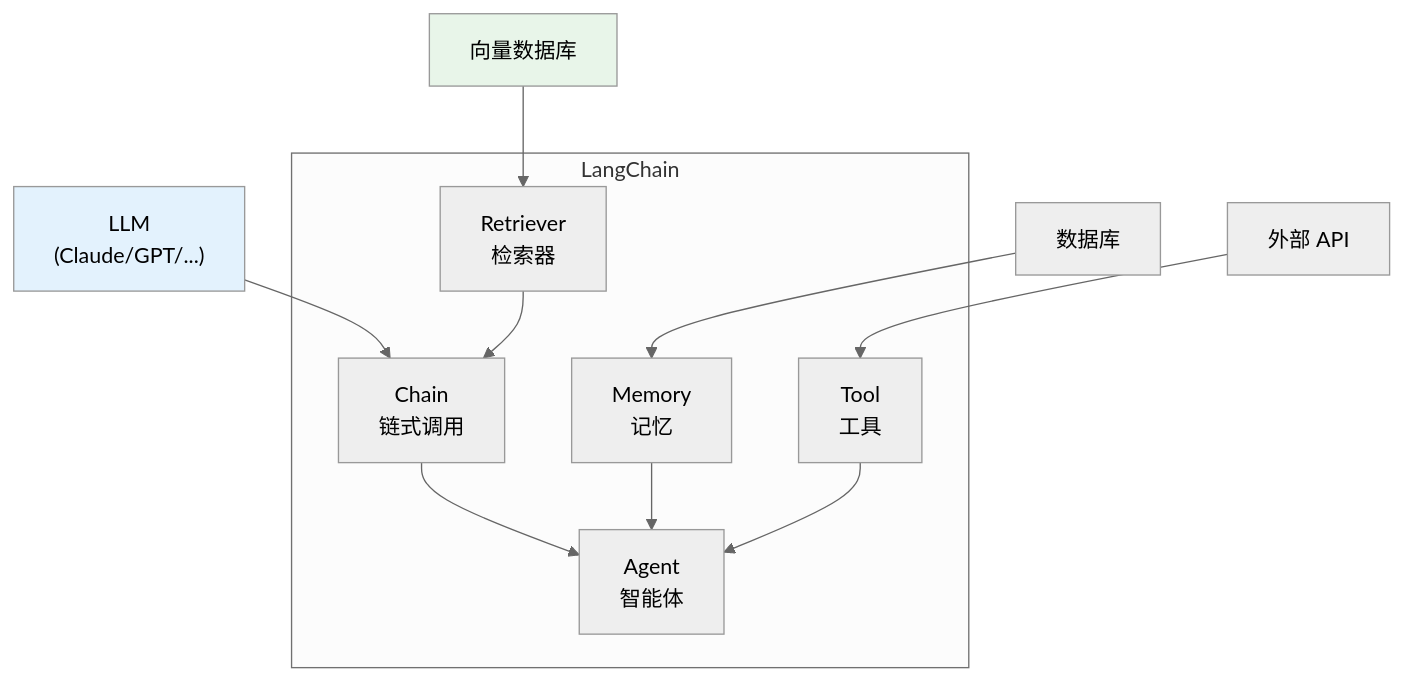
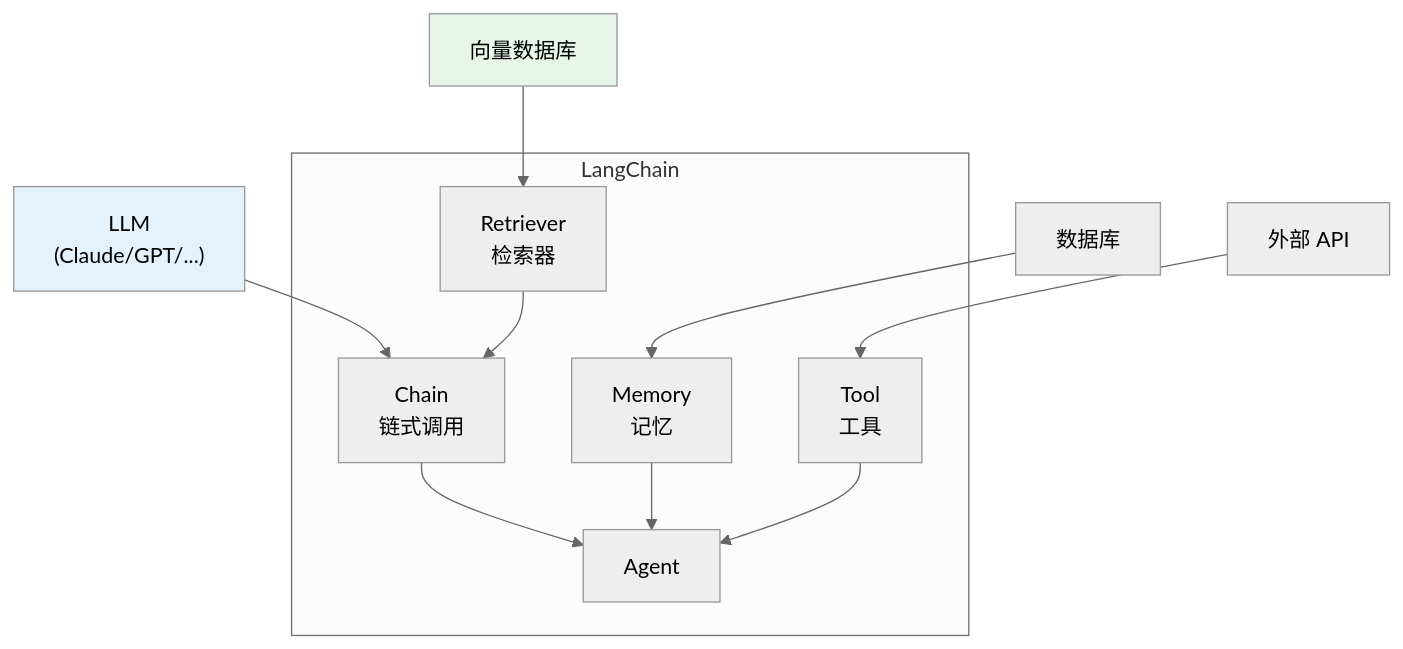
One commit to nadav-cheung/claudeai changed diagram 11 of 16 in teaching/book/附录/附录E-AI生态全景图.md. Above: the diagram before and after it, drawn with Mermaid (neutral theme). The commit also changed other lines of this file and 5 other files, not shown here.

````diff
--- a/teaching/book/附录/附录E-AI生态全景图.md
+++ b/teaching/book/附录/附录E-AI生态全景图.md
@@ -662,23 +662,23 @@
 ```mermaid
 graph TD
     subgraph LangChain
         CHAIN["Chain<br/>链式调用"]
-        AGENT_LC["Agent<br/>智能体"]
+        AGENT_LC["Agent"]
         MEM_LC["Memory<br/>记忆"]
         RET["Retriever<br/>检索器"]
         TOOL_LC["Tool<br/>工具"]
     end
 
     LLM2["LLM<br/>(Claude/GPT/...)"] --> CHAIN
     VECTOR["向量数据库"] --> RET
     DB["数据库"] --> MEM_LC
     API_EXT["外部 API"] --> TOOL_LC
 
     CHAIN --> AGENT_LC
     RET --> CHAIN
     MEM_LC --> AGENT_LC
     TOOL_LC --> AGENT_LC
 
     style LLM2 fill:#E3F2FD
     style VECTOR fill:#E8F5E9
 ```
````
